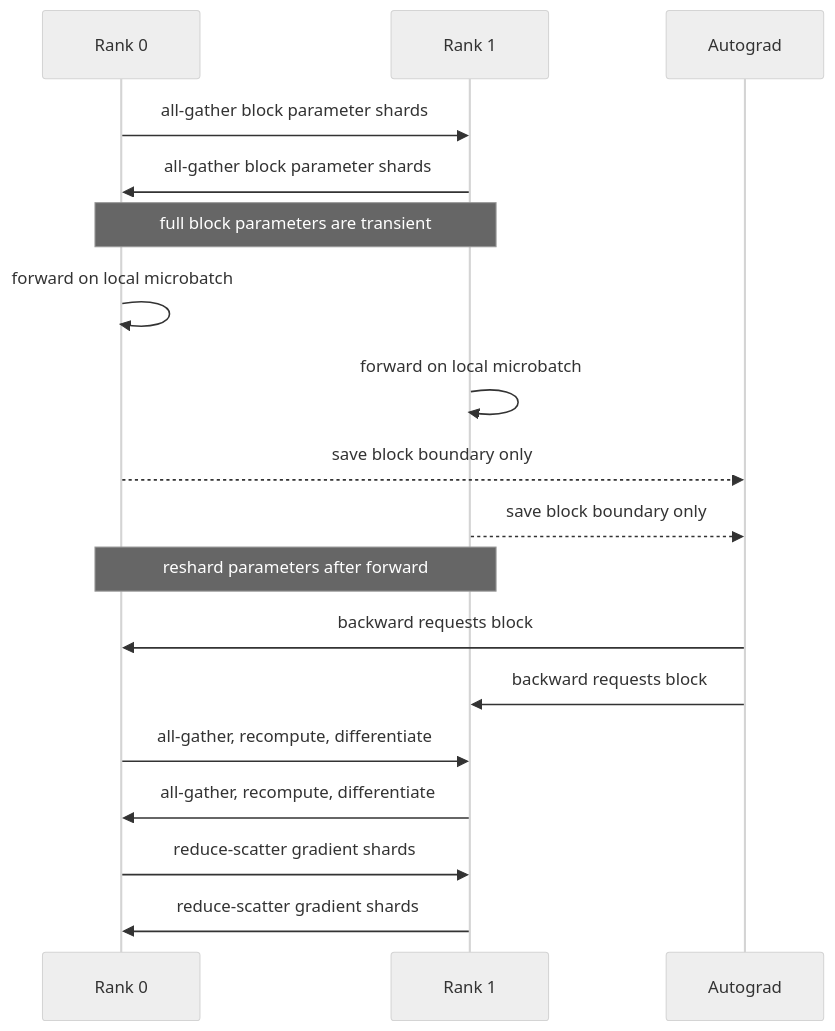
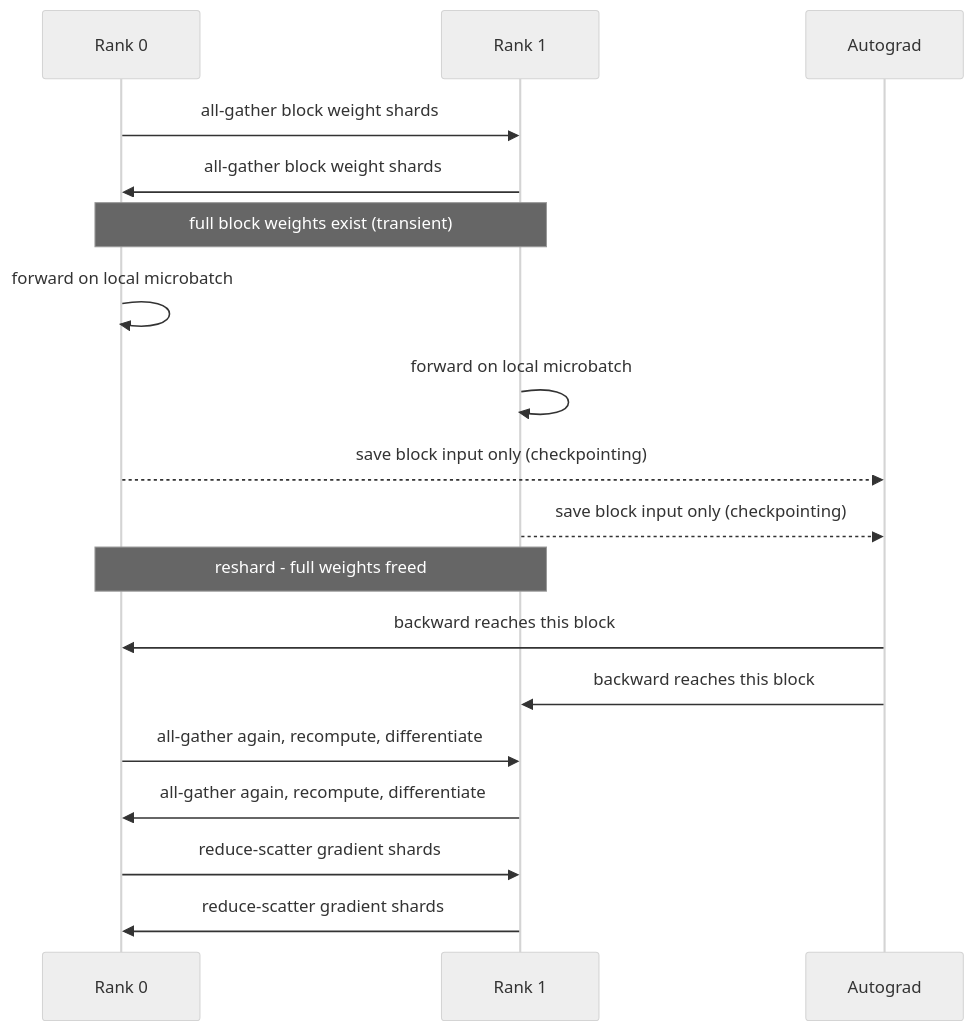
One commit to omkarsarde/agentic-engineering-at-scale changed the diagram in chapters/06-distributed-frontier-training.qmd. Above: the diagram before and after it, drawn with Mermaid (neutral theme). The commit also changed other lines of this file and 21 other files, not shown here.

````diff
--- a/chapters/06-distributed-frontier-training.qmd
+++ b/chapters/06-distributed-frontier-training.qmd
@@ -179,23 +407,24 @@
 ```{mermaid}
-%%| label: fig-ch06-step-sequence
-%%| fig-cap: "A sharded, checkpointed block: when do full parameters and activations exist on each rank?"
-%%| fig-alt: "Two ranks all-gather a block's parameter shards, compute forward, reshard the parameters, save only a block boundary, then re-gather and recompute during backward before reduce-scattering gradients."
+%%| echo: false
+%%| label: fig-ch06-fsdp-step
+%%| fig-cap: "When do full parameters exist on a ZeRO-3 rank? One block's life inside a sharded, checkpointed step: weights materialize transiently for forward, vanish, reappear for the recompute-and-backward, and only gradient shards persist. Peak memory is set by these overlaps, not by the steady-state ledger alone."
+%%| fig-alt: "A sequence diagram between two ranks and autograd. The ranks all-gather a block's parameter shards, run forward, save only the block boundary, and reshard. During backward they all-gather again, recompute the block, differentiate, and reduce-scatter gradient shards."
 sequenceDiagram
-  participant R0 as Rank 0
-  participant R1 as Rank 1
-  participant A as Autograd
-  R0->>R1: all-gather block parameter shards
-  R1->>R0: all-gather block parameter shards
-  Note over R0,R1: full block parameters are transient
-  R0->>R0: forward on local microbatch
-  R1->>R1: forward on local microbatch
-  R0-->>A: save block boundary only
-  R1-->>A: save block boundary only
-  Note over R0,R1: reshard parameters after forward
-  A->>R0: backward requests block
-  A->>R1: backward requests block
-  R0->>R1: all-gather, recompute, differentiate
-  R1->>R0: all-gather, recompute, differentiate
-  R0->>R1: reduce-scatter gradient shards
-  R1->>R0: reduce-scatter gradient shards
+    participant R0 as Rank 0
+    participant R1 as Rank 1
+    participant A as Autograd
+    R0->>R1: all-gather block weight shards
+    R1->>R0: all-gather block weight shards
+    Note over R0,R1: full block weights exist (transient)
+    R0->>R0: forward on local microbatch
+    R1->>R1: forward on local microbatch
+    R0-->>A: save block input only (checkpointing)
+    R1-->>A: save block input only (checkpointing)
+    Note over R0,R1: reshard - full weights freed
+    A->>R0: backward reaches this block
+    A->>R1: backward reaches this block
+    R0->>R1: all-gather again, recompute, differentiate
+    R1->>R0: all-gather again, recompute, differentiate
+    R0->>R1: reduce-scatter gradient shards
+    R1->>R0: reduce-scatter gradient shards
 ```
````
